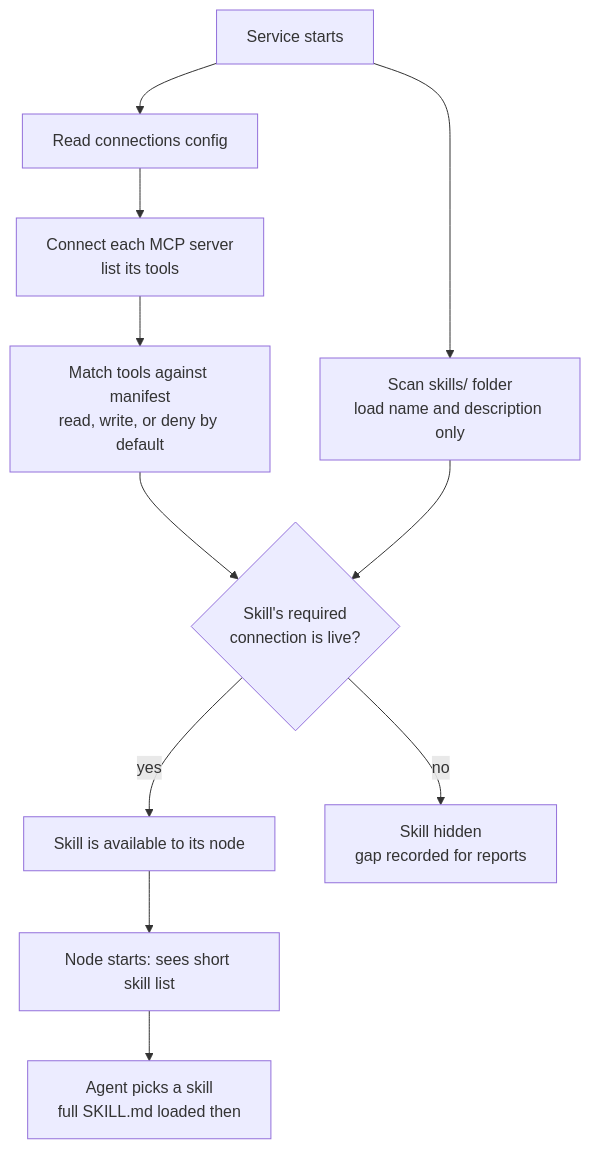
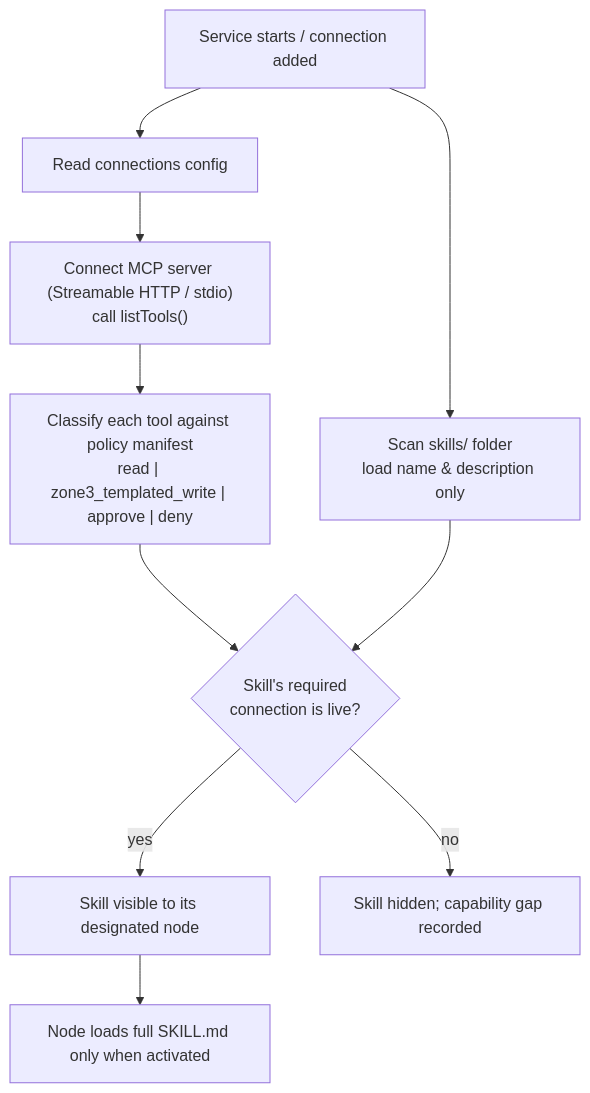
Before and after one commit to ronitrai27/AgentWatchDog: the fifth of 6 diagrams in Architecture.md, drawn with Mermaid. The commit also changed other lines of this file and 28 other files, not shown here.

Commit message:
design and flow.

````diff
--- a/Architecture.md
+++ b/Architecture.md
@@ -237,13 +308,12 @@
 ```mermaid
 flowchart TD
-    A["Service starts"] --> B["Read connections config"]
-    B --> C["Connect each MCP server<br/>list its tools"]
-    C --> D["Match tools against manifest<br/>read, write, or deny by default"]
-    A --> E["Scan skills/ folder<br/>load name and description only"]
+    A["Service starts / connection added"] --> B["Read connections config"]
+    B --> C["Connect MCP server (Streamable HTTP / stdio)<br/>call listTools()"]
+    C --> D["Classify each tool against policy manifest<br/>read | zone3_templated_write | approve | deny"]
+    A --> E["Scan skills/ folder<br/>load name & description only"]
     D --> F{"Skill's required<br/>connection is live?"}
     E --> F
-    F -->|yes| G["Skill is available to its node"]
-    F -->|no| H["Skill hidden<br/>gap recorded for reports"]
-    G --> I["Node starts: sees short skill list"]
-    I --> J["Agent picks a skill<br/>full SKILL.md loaded then"]
+    F -->|yes| G["Skill visible to its designated node"]
+    F -->|no| H["Skill hidden; capability gap recorded"]
+    G --> I["Node loads full SKILL.md only when activated"]
 ```
````
